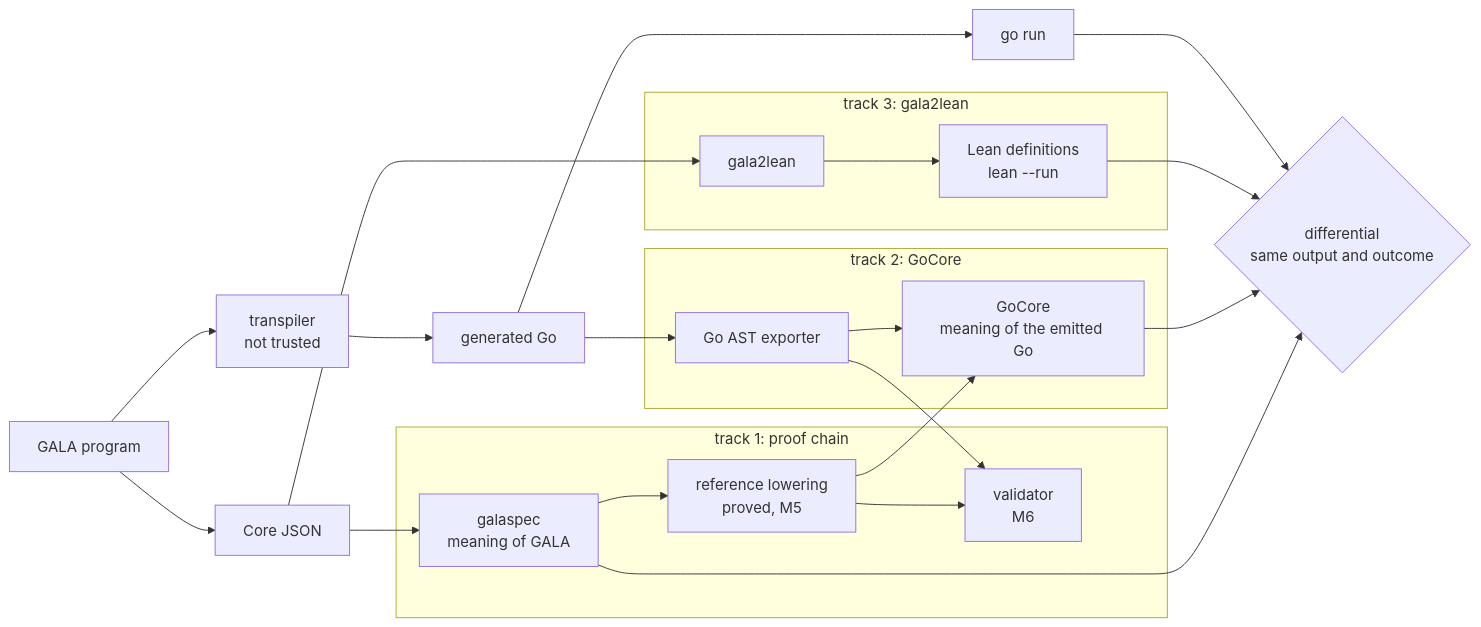
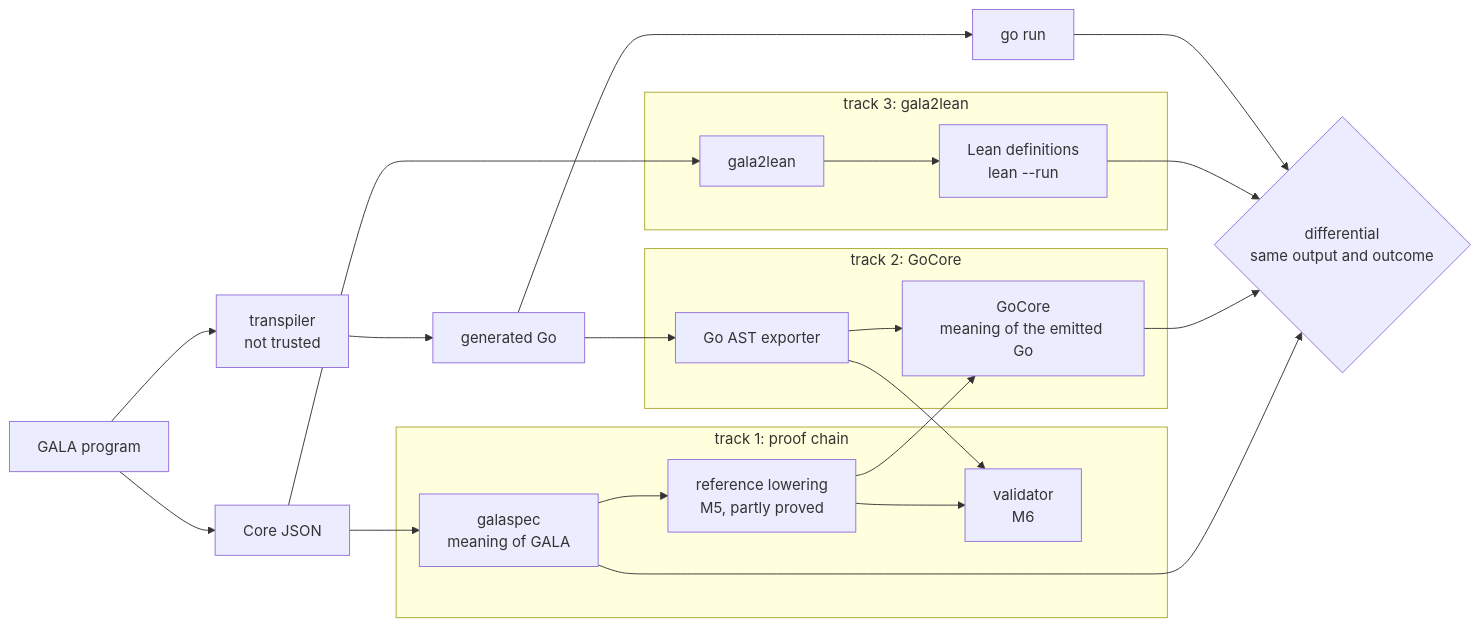
One commit to martianoff/gala changed the sixth of 7 diagrams in docs/FORMAL_SEMANTICS.MD. Above: the diagram before and after it, drawn with Mermaid.

Commit message:
docs: label the reference lowering as partly proved in the plan diagram
Claude-Session: https://claude.ai/code/session_01UmefNM9xYSYM6F6a6YSHw4

````diff
--- a/docs/FORMAL_SEMANTICS.MD
+++ b/docs/FORMAL_SEMANTICS.MD
@@ -1075,26 +1075,26 @@
 ```mermaid
 flowchart LR
     SRC[GALA program] --> CJ[Core JSON]
     SRC --> TR[transpiler<br/>not trusted] --> GO[generated Go]
     subgraph P1[track 1: proof chain]
-        GS[galaspec<br/>meaning of GALA] --> RL[reference lowering<br/>proved, M5]
+        GS[galaspec<br/>meaning of GALA] --> RL[reference lowering<br/>M5, partly proved]
         VAL[validator<br/>M6]
     end
     subgraph P2[track 2: GoCore]
         GX[Go AST exporter] --> GC[GoCore<br/>meaning of the emitted Go]
     end
     subgraph P3[track 3: gala2lean]
         G2L[gala2lean] --> LR[Lean definitions<br/>lean --run]
     end
     CJ --> GS
     CJ --> G2L
     RL --> GC
     GO --> GX
     GO --> GR[go run]
     RL --> VAL
     GX --> VAL
     GS --> D{differential<br/>same output and outcome}
     GC --> D
     LR --> D
     GR --> D
 ```
````
